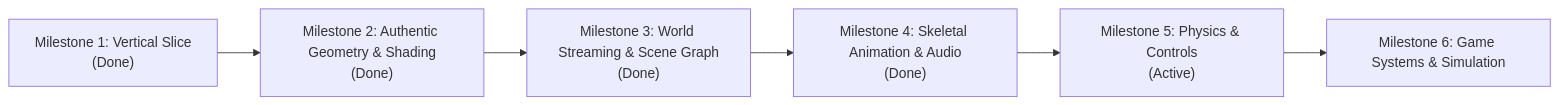
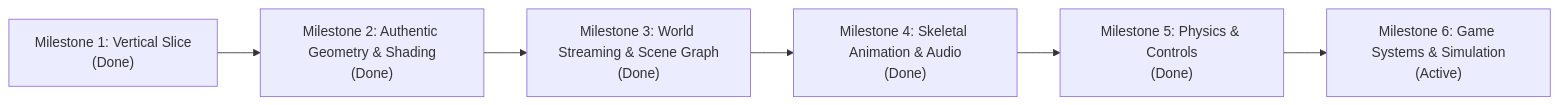
One commit to the-rohit-kumar/sleeping-dogs-web changed the diagram in docs/roadmap.md. Above: the diagram before and after it, drawn with Mermaid. The commit also changed other lines of this file and 7 other files, not shown here.

Commit message:
Complete Milestone 5: Havok Physics, Collision Detection & Follow Camera

````diff
--- a/docs/roadmap.md
+++ b/docs/roadmap.md
@@ -10,8 +10,8 @@
 ```mermaid
 flowchart LR
     M1["Milestone 1: Vertical Slice<br/>(Done)"] --> M2["Milestone 2: Authentic Geometry & Shading<br/>(Done)"]
     M2 --> M3["Milestone 3: World Streaming & Scene Graph<br/>(Done)"]
     M3 --> M4["Milestone 4: Skeletal Animation & Audio<br/>(Done)"]
-    M4 --> M5["Milestone 5: Physics & Controls<br/>(Active)"]
-    M5 --> M6["Milestone 6: Game Systems & Simulation"]
+    M4 --> M5["Milestone 5: Physics & Controls<br/>(Done)"]
+    M5 --> M6["Milestone 6: Game Systems & Simulation<br/>(Active)"]
 ```
````
